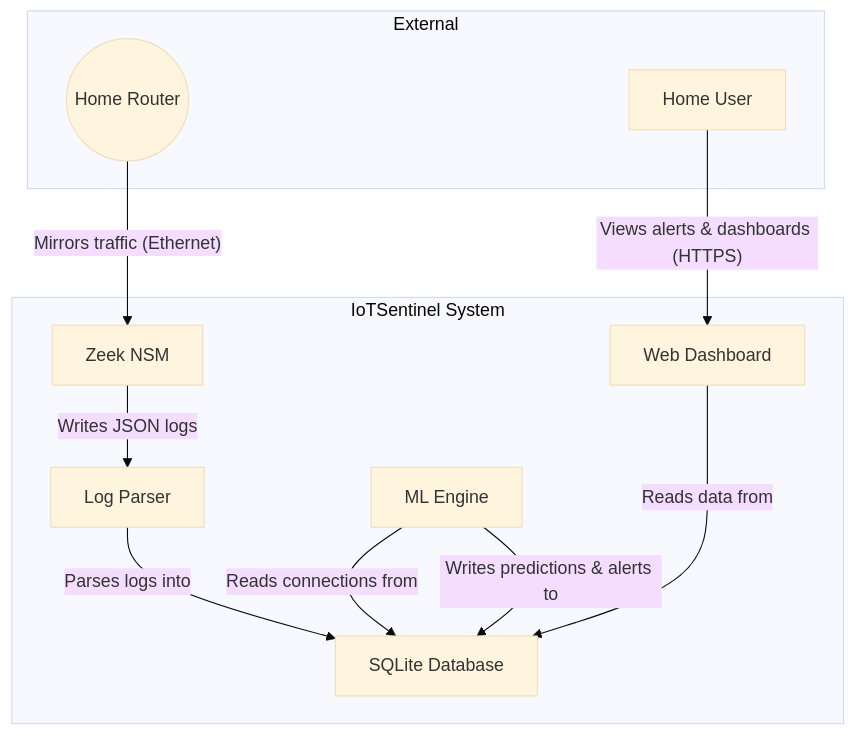
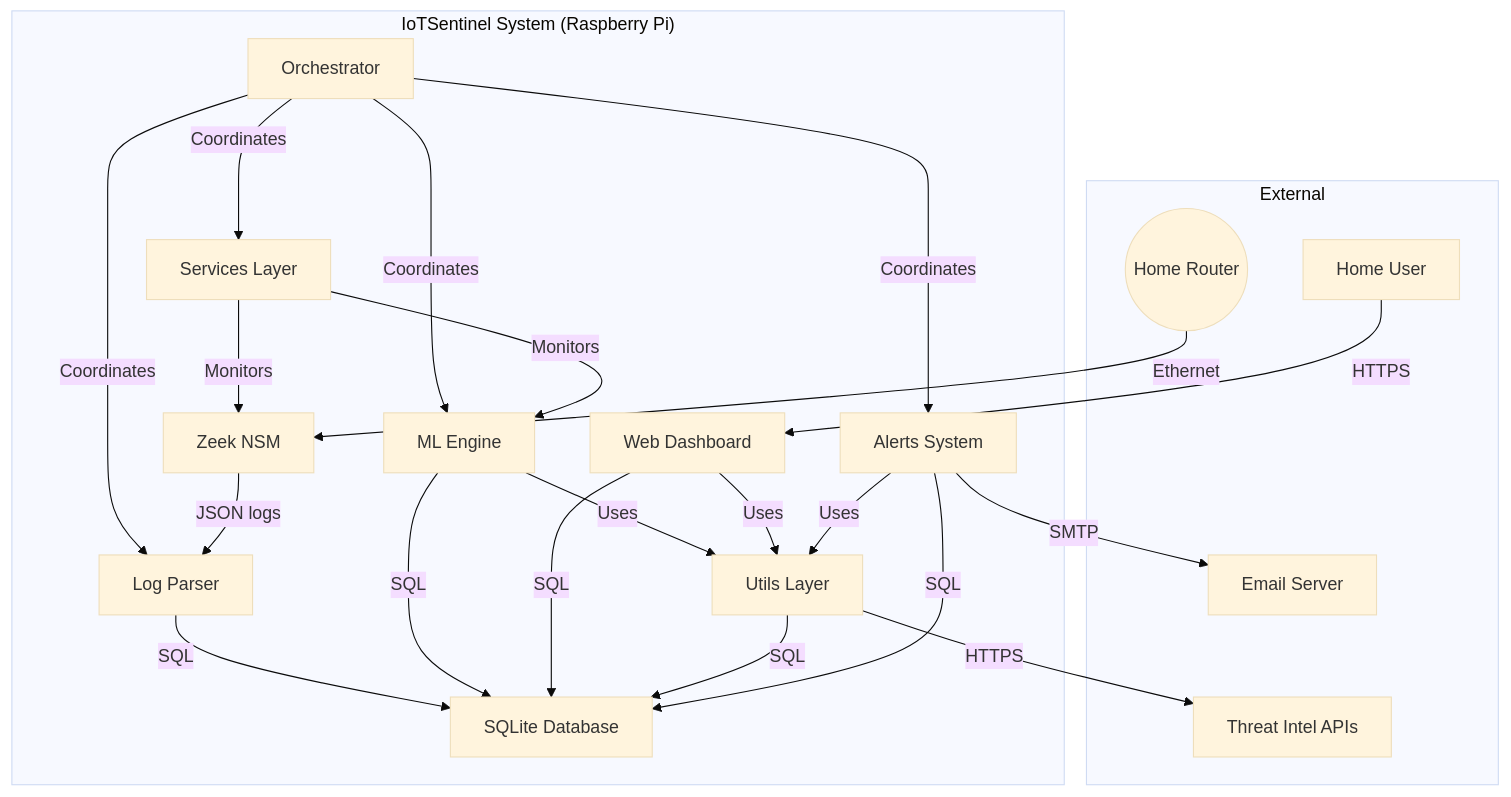
The second of 4 diagrams in docs/academic/C4_ARCHITECTURE.md (ritiksah141/iotsentinel), drawn with Mermaid (base theme) before and after one commit. The commit also changed other lines of this file and 30 other files, not shown here.

````diff
--- a/docs/academic/C4_ARCHITECTURE.md
+++ b/docs/academic/C4_ARCHITECTURE.md
@@ -63,25 +95,45 @@
 ```mermaid
 graph TD
-    subgraph "IoTSentinel System"
+    subgraph "IoTSentinel System (Raspberry Pi)"
         C1[Zeek NSM]
         C2[Log Parser]
         C3[SQLite Database]
         C4[ML Engine]
         C5[Web Dashboard]
+        C6[Orchestrator]
+        C7[Utils Layer]
+        C8[Alerts System]
+        C9[Services Layer]
     end
 
     subgraph "External"
         User[Home User]
         Router((Home Router))
+        ThreatAPI[Threat Intel APIs]
+        EmailSMTP[Email Server]
     end
 
-    User -- "Views alerts & dashboards (HTTPS)" --> C5
-    Router -- "Mirrors traffic (Ethernet)" --> C1
+    User -- "HTTPS" --> C5
+    Router -- "Ethernet" --> C1
 
-    C1 -- "Writes JSON logs" --> C2
-    C2 -- "Parses logs into" --> C3
-    C4 -- "Reads connections from" --> C3
-    C4 -- "Writes predictions & alerts to" --> C3
-    C5 -- "Reads data from" --> C3
+    C6 -- "Coordinates" --> C2
+    C6 -- "Coordinates" --> C4
+    C6 -- "Coordinates" --> C8
+    C6 -- "Coordinates" --> C9
 
+    C1 -- "JSON logs" --> C2
+    C2 -- "SQL" --> C3
+    C4 -- "SQL" --> C3
+    C5 -- "SQL" --> C3
+    C7 -- "SQL" --> C3
+    C8 -- "SQL" --> C3
+
+    C4 -- "Uses" --> C7
+    C5 -- "Uses" --> C7
+    C8 -- "Uses" --> C7
+
+    C8 -- "SMTP" --> EmailSMTP
+    C7 -- "HTTPS" --> ThreatAPI
+    C9 -- "Monitors" --> C1
+    C9 -- "Monitors" --> C4
 ```
````
